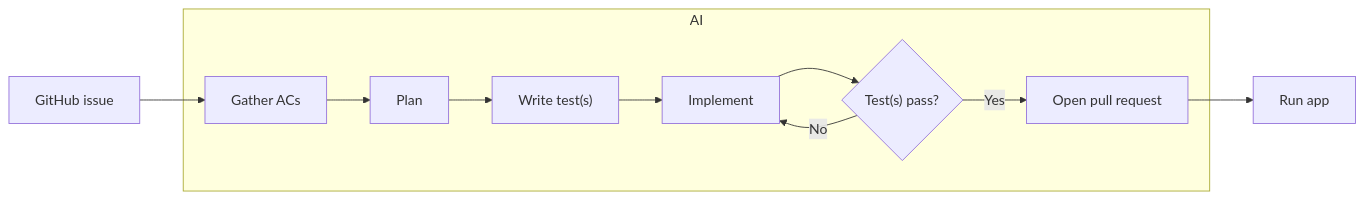
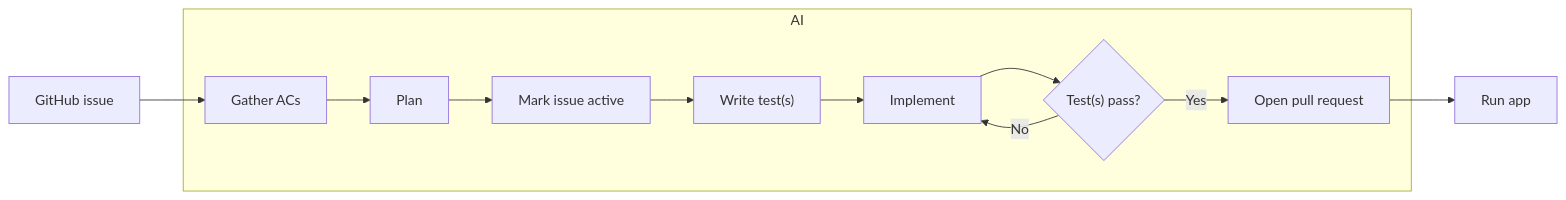
One commit to ethan-mfb/pomo changed the first of 4 diagrams in DEVELOPMENT_WORKFLOWS.md. Above: the diagram before and after it, drawn with Mermaid. The commit also changed other lines of this file, not shown here.

Commit message:
docs: add 'mark issue active' step to workflow diagrams

````diff
--- a/DEVELOPMENT_WORKFLOWS.md
+++ b/DEVELOPMENT_WORKFLOWS.md
@@ -17,13 +17,14 @@
 ```mermaid
 flowchart LR
     A[GitHub issue] --> B[Gather ACs]
     subgraph AI
         B[Gather ACs] --> C[Plan]
-        C --> D["Write test(s)"]
+        C --> M[Mark issue active]
+        M --> D["Write test(s)"]
         D --> F[Implement]
         F --> V{"Test(s) pass?"}
         V -->|No| F
         V -->|Yes| H[Open pull request]
     end
     H --> I[Run app]
 ```
````
